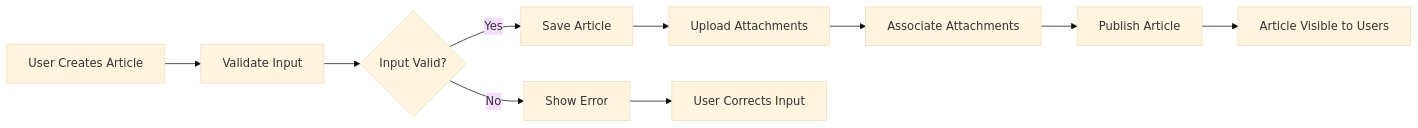
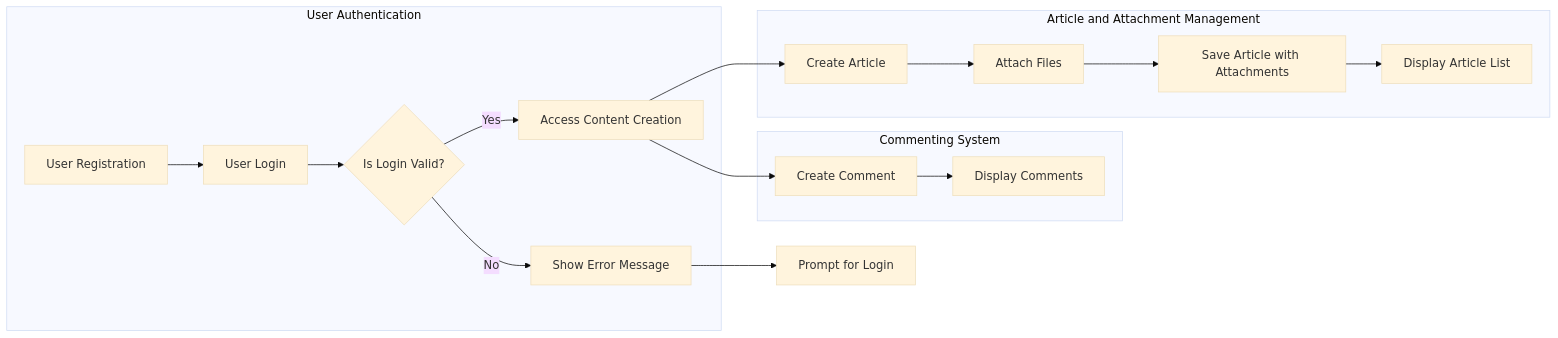
Before and after one commit to wrtnlabs/autobe-examples: the diagram in openai/gpt-4.1-mini/bbs/docs/analysis/00-toc.md, drawn with Mermaid (base theme). The commit also changed other lines of this file and 22498 other files, not shown here.

````diff
--- a/openai/gpt-4.1-mini/bbs/docs/analysis/00-toc.md
+++ b/openai/gpt-4.1-mini/bbs/docs/analysis/00-toc.md
@@ -105,12 +101,24 @@
 ```mermaid
-graph LR
-  A["User Creates Article"] --> B["Validate Input"]
-  B --> C{"Input Valid?"}
-  C -->|"Yes"| D["Save Article"]
-  C -->|"No"| E["Show Error"]
-  D --> F["Upload Attachments"]
-  F --> G["Associate Attachments"]
-  G --> H["Publish Article"]
-  E --> I["User Corrects Input"]
-  H --> J["Article Visible to Users"]
+flowchart LR
+    subgraph "User Authentication"
+      A["User Registration"] --> B["User Login"]
+      B --> C{"Is Login Valid?"}
+      C -->|"Yes"| D["Access Content Creation"]
+      C -->|"No"| E["Show Error Message"]
+    end
+
+    subgraph "Article and Attachment Management"
+      D --> F["Create Article"]
+      F --> G["Attach Files"]
+      G --> H["Save Article with Attachments"]
+      H --> I["Display Article List"]
+    end
+
+    subgraph "Commenting System"
+      D --> J["Create Comment"]
+      J --> K["Display Comments"]
+    end
+
+    E --> L["Prompt for Login"]
+
 ```
````
